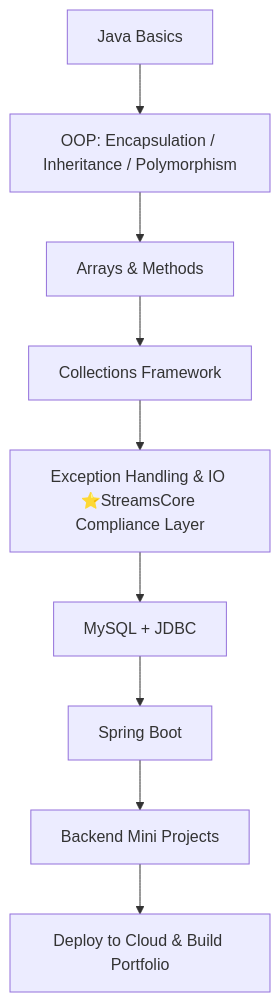
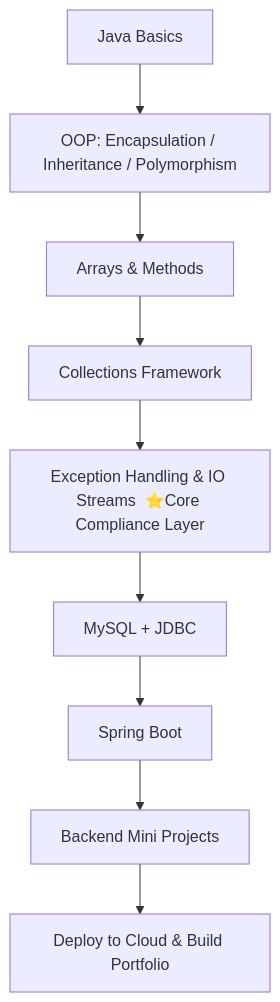
The diagram in README.md (Wenjian-Liu/Compliance-Tech-Logic), drawn with Mermaid before and after one commit.

````diff
--- a/README.md
+++ b/README.md
@@ -196,11 +196,11 @@
 ```mermaid
 graph TD;
 A[Java Basics] --> B[OOP: Encapsulation / Inheritance / Polymorphism]
 B --> C[Arrays & Methods]
 C --> D[Collections Framework]
-D --> E[Exception Handling & IO ⭐StreamsCore Compliance Layer]
+D --> E[Exception Handling & IO Streams  ⭐Core Compliance Layer]
 E --> F[MySQL + JDBC]
 F --> G[Spring Boot]
 G --> H[Backend Mini Projects]
 H --> I[Deploy to Cloud & Build Portfolio]
 ```
````
